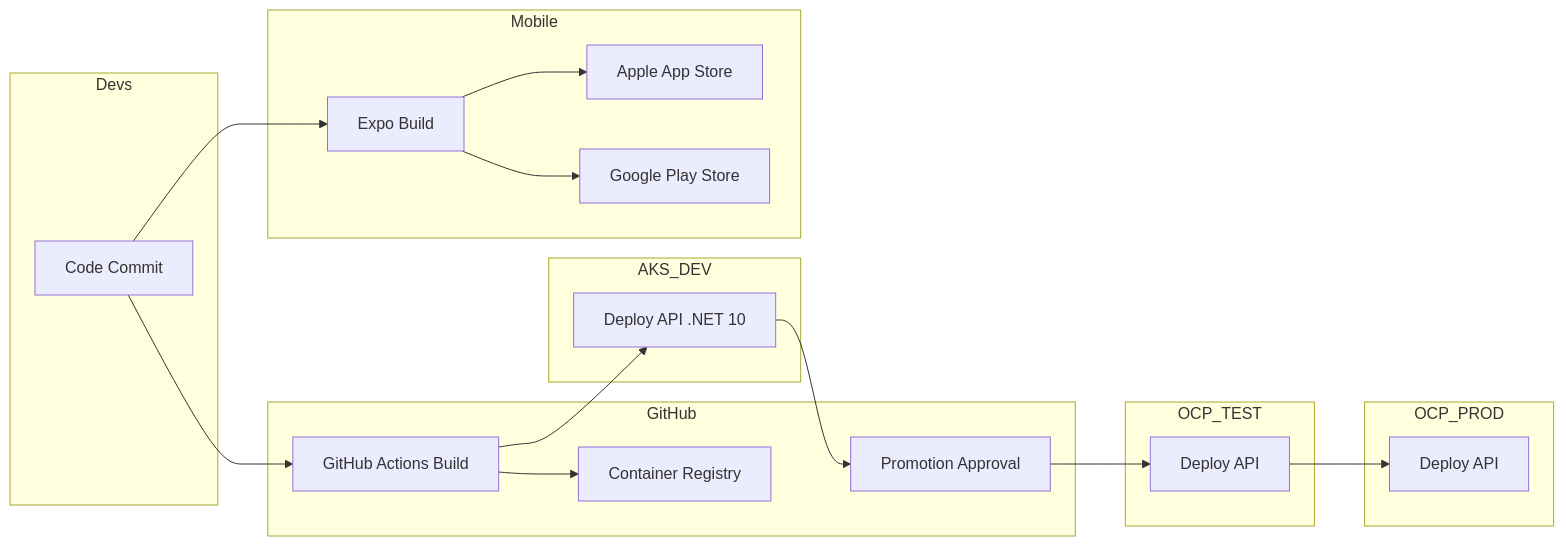
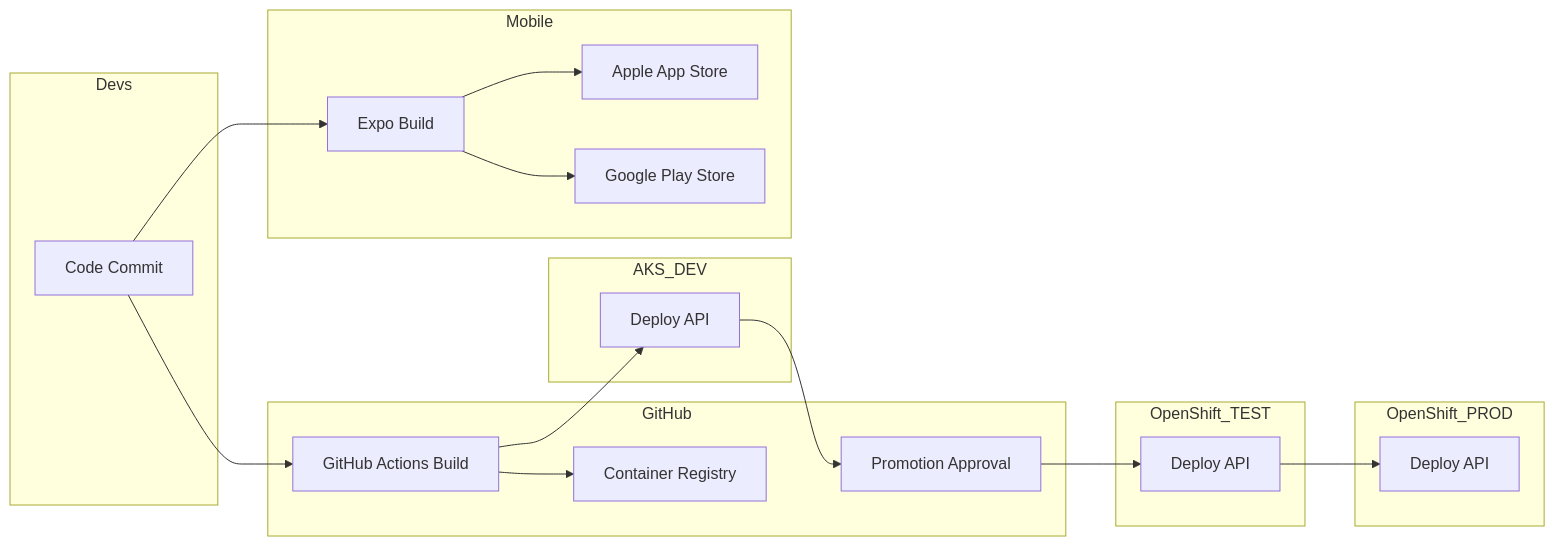
The diagram in docs/architecture.md (mary-initial/mary-initial-backend), drawn with Mermaid before and after one commit.

Commit message:
minor change

````diff
--- a/docs/architecture.md
+++ b/docs/architecture.md
@@ -284,43 +284,43 @@
 ```mermaid
 flowchart LR
 
 subgraph Devs
 A[Code Commit]
 end
 
 subgraph GitHub
 B[GitHub Actions Build]
 C[Container Registry]
 D[Promotion Approval]
 end
 
 subgraph AKS_DEV
-E[Deploy API .NET 10]
+E[Deploy API]
 end
 
-subgraph OCP_TEST
+subgraph OpenShift_TEST
 F[Deploy API]
 end
 
-subgraph OCP_PROD
+subgraph OpenShift_PROD
 G[Deploy API]
 end
 
 subgraph Mobile
 H[Expo Build]
 I[Apple App Store]
 J[Google Play Store]
 end
 
 A --> B
 B --> C
 B --> E
 E --> D
 D --> F
 F --> G
 
 A --> H
 H --> I
 H --> J
 
 ```
````
